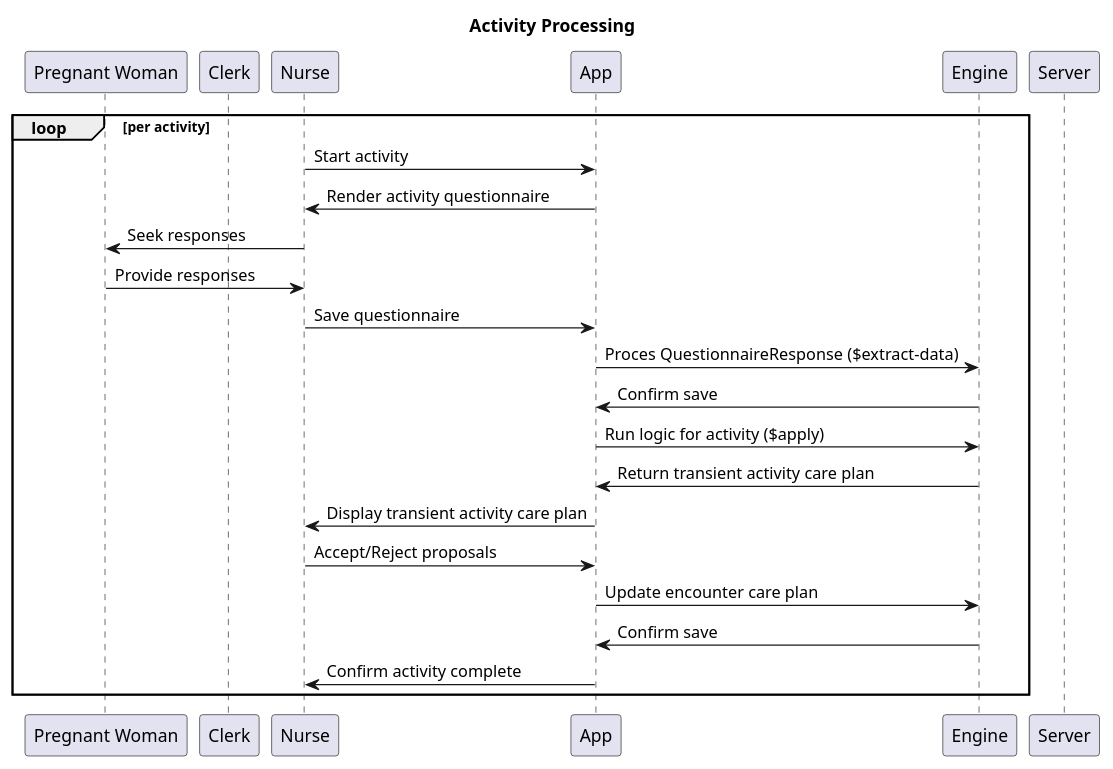
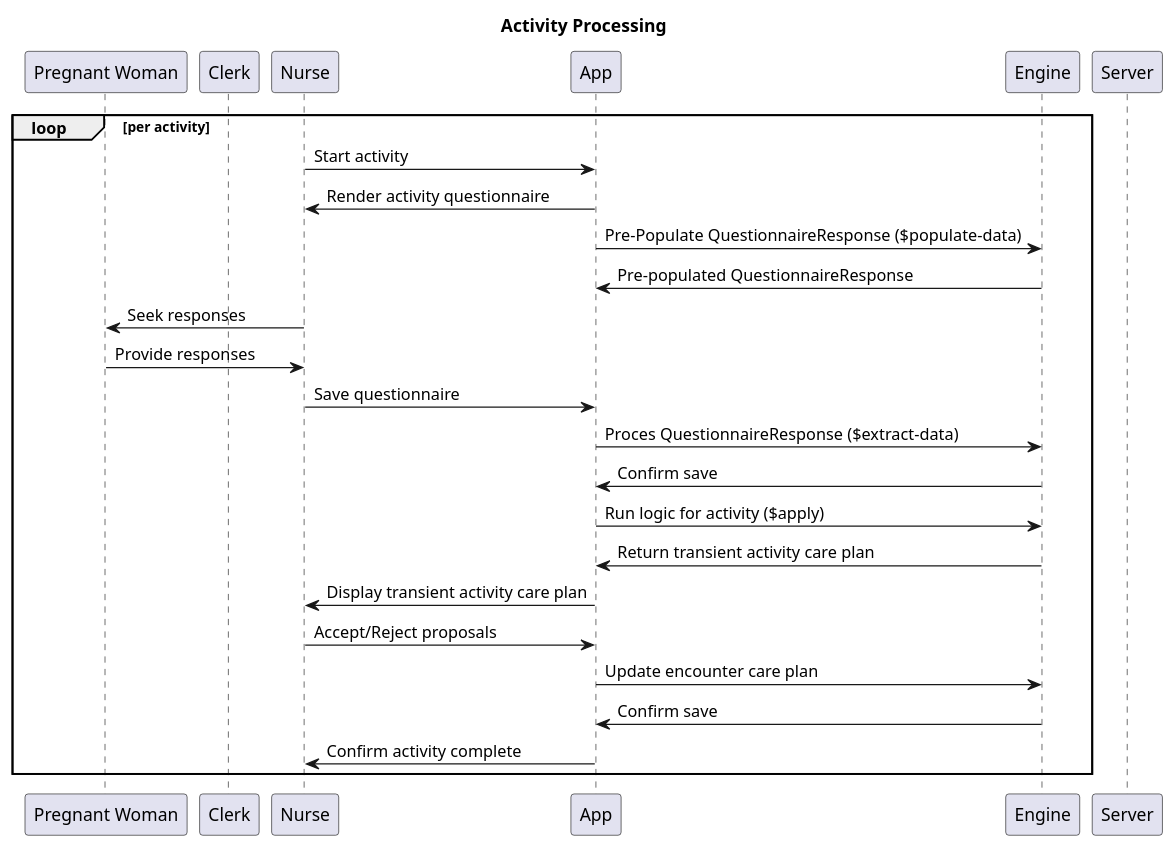
The diagram in input/diagrams/activity-processing.puml (WorldHealthOrganization/smart-anc), drawn with PlantUML before and after one commit. The commit also changed 820 other files, not shown here.

```diff
--- a/input/diagrams/activity-processing.puml
+++ b/input/diagrams/activity-processing.puml
@@ -1,29 +1,31 @@
 @startuml ActivityProcessing
 title Activity Processing
 participant "Pregnant Woman" as PW
 participant "Clerk" as Clerk
 participant "Nurse" as Nurse
 participant "App" as App
 participant "Engine" as Engine
 participant "Server" as Server
 
 
 loop per activity
   Nurse -> App: Start activity
   App -> Nurse: Render activity questionnaire
+  App -> Engine: Pre-Populate QuestionnaireResponse ($populate-data)
+  Engine -> App: Pre-populated QuestionnaireResponse
   Nurse -> PW: Seek responses
   PW -> Nurse: Provide responses
   Nurse -> App: Save questionnaire
   App -> Engine: Proces QuestionnaireResponse ($extract-data)
   Engine -> App: Confirm save
   App -> Engine: Run logic for activity ($apply)
   Engine -> App: Return transient activity care plan
   App -> Nurse: Display transient activity care plan
   Nurse -> App: Accept/Reject proposals
   App -> Engine: Update encounter care plan
   Engine -> App: Confirm save
   App -> Nurse: Confirm activity complete
 end
 
 
 @enduml
```
